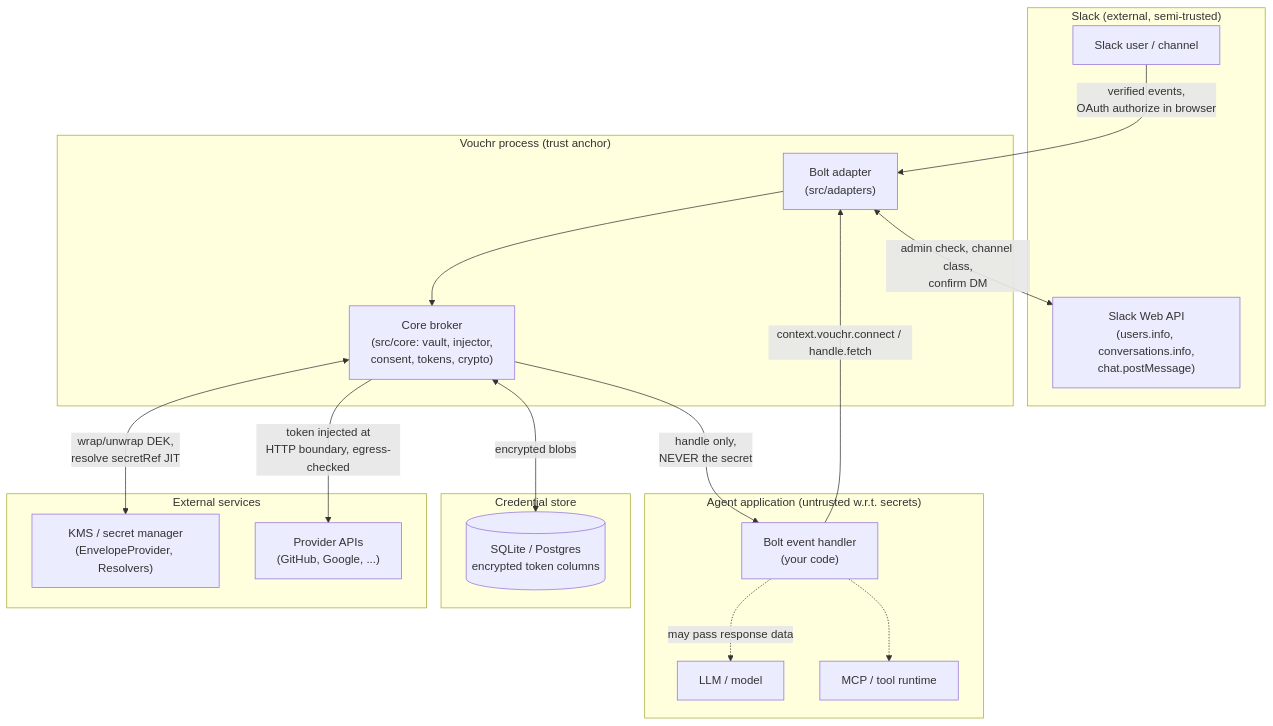
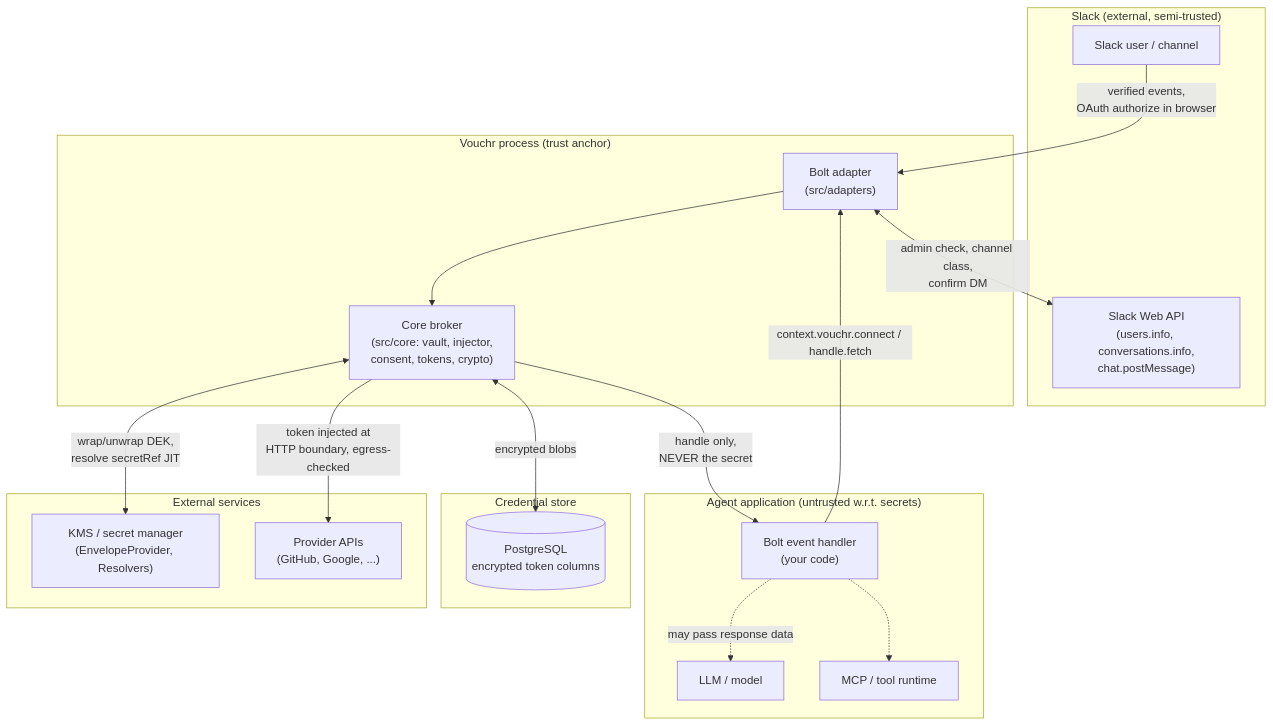
One commit to Dharin-shah/vouchr changed the diagram in guides/THREAT-MODEL.md. Above: the diagram before and after it, drawn with Mermaid. The commit also changed other lines of this file and 85 other files, not shown here.

````diff
--- a/guides/THREAT-MODEL.md
+++ b/guides/THREAT-MODEL.md
@@ -18,38 +18,38 @@
 ```mermaid
 flowchart TB
     subgraph slack["Slack (external, semi-trusted)"]
         user["Slack user / channel"]
         slackapi["Slack Web API\n(users.info, conversations.info,\nchat.postMessage)"]
     end
 
     subgraph agent["Agent application (untrusted w.r.t. secrets)"]
         llm["LLM / model"]
         tools["MCP / tool runtime"]
         handler["Bolt event handler\n(your code)"]
     end
 
     subgraph vouchr["Vouchr process (trust anchor)"]
         adapter["Bolt adapter\n(src/adapters)"]
         core["Core broker\n(src/core: vault, injector,\nconsent, tokens, crypto)"]
     end
 
     subgraph store["Credential store"]
-        db[("SQLite / Postgres\nencrypted token columns")]
+        db[("PostgreSQL\nencrypted token columns")]
     end
 
     subgraph ext["External services"]
         kms["KMS / secret manager\n(EnvelopeProvider, Resolvers)"]
         provapi["Provider APIs\n(GitHub, Google, ...)"]
     end
 
     user -->|verified events,\nOAuth authorize in browser| adapter
     handler -->|context.vouchr.connect / handle.fetch| adapter
     adapter --> core
     core -->|handle only,\nNEVER the secret| handler
     handler -.->|may pass response data| llm
     handler -.-> tools
     core <-->|encrypted blobs| db
     core <-->|wrap/unwrap DEK,\nresolve secretRef JIT| kms
     core -->|token injected at\nHTTP boundary, egress-checked| provapi
     adapter <-->|admin check, channel class,\nconfirm DM| slackapi
 ```
````
